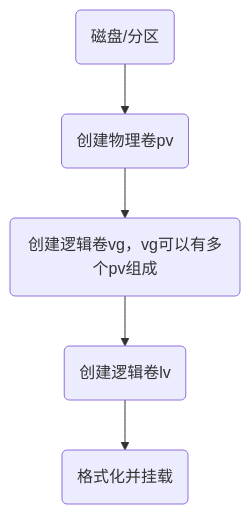
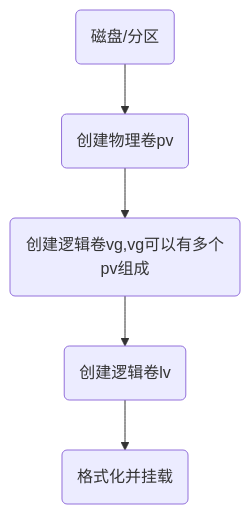
One commit to growdu/blog changed the diagram in linux/lvm详解.md. Above: the diagram before and after it, drawn with Mermaid. The commit also changed 9 other files, not shown here.

````diff
--- a/linux/lvm详解.md
+++ b/linux/lvm详解.md
@@ -23,4 +23,4 @@
 ```mermaid
 graph TB
-a(磁盘/分区)-->b(创建物理卷pv)-->c(创建逻辑卷vg，vg可以有多个pv组成)-->d(创建逻辑卷lv)-->e(格式化并挂载)
+a(磁盘/分区)-->b(创建物理卷pv)-->c(创建逻辑卷vg,vg可以有多个pv组成)-->d(创建逻辑卷lv)-->e(格式化并挂载)
 ```
````
